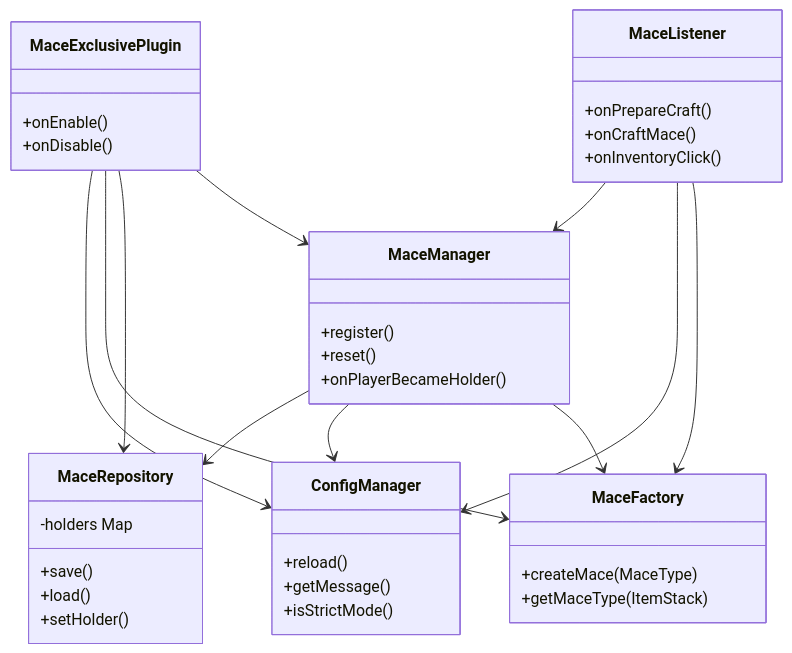
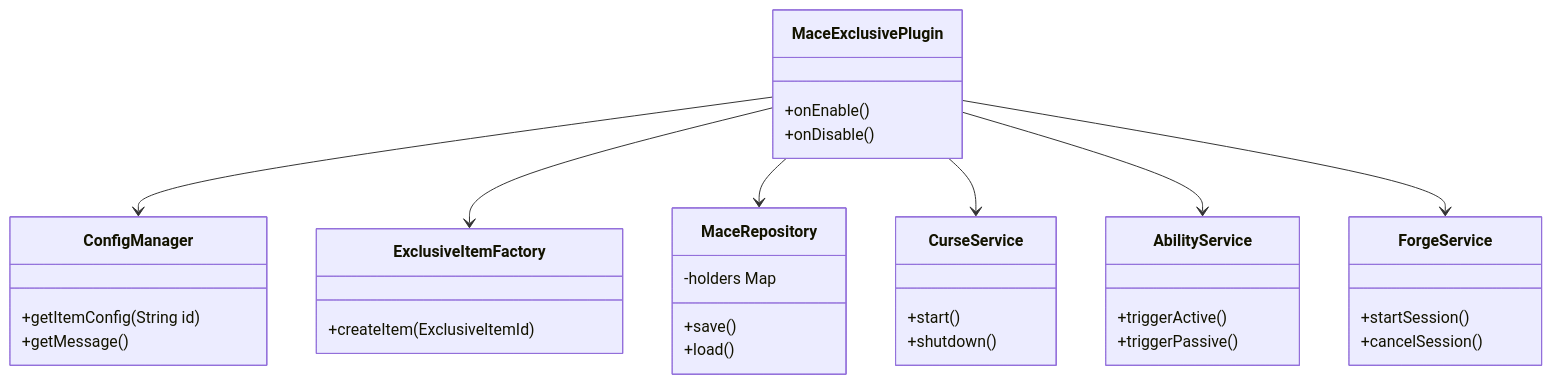
One commit to ego-smp-labs/Mace-Exclusive-Plugin changed the diagram in docs/ARCHITECTURE.md. Above: the diagram before and after it, drawn with Mermaid. The commit also changed other lines of this file and 6 other files, not shown here.

````diff
--- a/docs/ARCHITECTURE.md
+++ b/docs/ARCHITECTURE.md
@@ -32,43 +58,38 @@
 ```mermaid
 classDiagram
     class MaceExclusivePlugin {
         +onEnable()
         +onDisable()
     }
     class ConfigManager {
-        +reload()
+        +getItemConfig(String id)
         +getMessage()
-        +isStrictMode()
     }
-    class MaceFactory {
-        +createMace(MaceType)
-        +getMaceType(ItemStack)
+    class ExclusiveItemFactory {
+        +createItem(ExclusiveItemId)
     }
     class MaceRepository {
         -holders Map
         +save()
         +load()
-        +setHolder()
     }
-    class MaceManager {
-        +register()
-        +reset()
-        +onPlayerBecameHolder()
+    class CurseService {
+        +start()
+        +shutdown()
     }
-    class MaceListener {
-        +onPrepareCraft()
-        +onCraftMace()
-        +onInventoryClick()
+    class AbilityService {
+        +triggerActive()
+        +triggerPassive()
+    }
+    class ForgeService {
+        +startSession()
+        +cancelSession()
     }
 
     MaceExclusivePlugin --> ConfigManager
-    MaceExclusivePlugin --> MaceFactory
+    MaceExclusivePlugin --> ExclusiveItemFactory
     MaceExclusivePlugin --> MaceRepository
-    MaceExclusivePlugin --> MaceManager
-    MaceManager --> MaceRepository
-    MaceManager --> ConfigManager
-    MaceManager --> MaceFactory
-    MaceListener --> MaceManager
-    MaceListener --> ConfigManager
-    MaceListener --> MaceFactory
+    MaceExclusivePlugin --> CurseService
+    MaceExclusivePlugin --> AbilityService
+    MaceExclusivePlugin --> ForgeService
 ```
````
